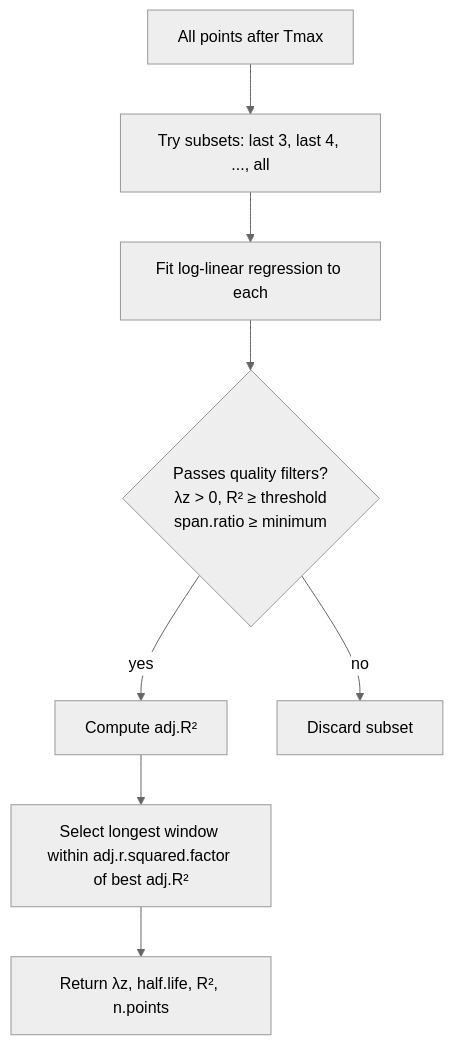
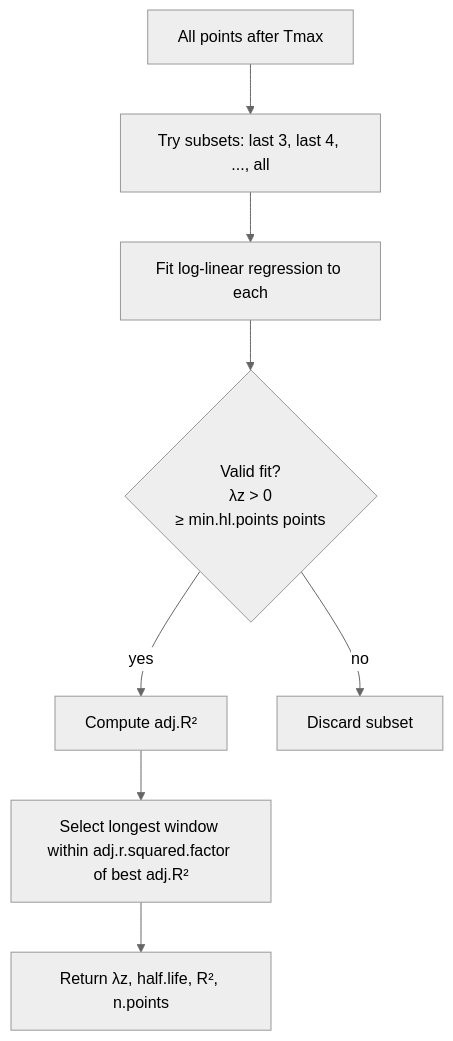
Before and after one commit to humanpred/pknca-book: the diagram in user/halflife.qmd, drawn with Mermaid (neutral theme). The commit also changed other lines of this file and 21 other files, not shown here.

````diff
--- a/user/halflife.qmd
+++ b/user/halflife.qmd
@@ -31,10 +31,10 @@
 ```{mermaid}
 flowchart TD
     A["All points after Tmax"] --> B["Try subsets: last 3, last 4, ..., all"]
     B --> C["Fit log-linear regression to each"]
-    C --> D{"Passes quality filters?<br/>λz > 0, R² ≥ threshold<br/>span.ratio ≥ minimum"}
+    C --> D{"Valid fit?<br/>λz > 0<br/>≥ min.hl.points points"}
     D -- yes --> E["Compute adj.R²"]
     D -- no --> F["Discard subset"]
     E --> G["Select longest window within adj.r.squared.factor of best adj.R²"]
     G --> H["Return λz, half.life, R², n.points"]
 ```
````
